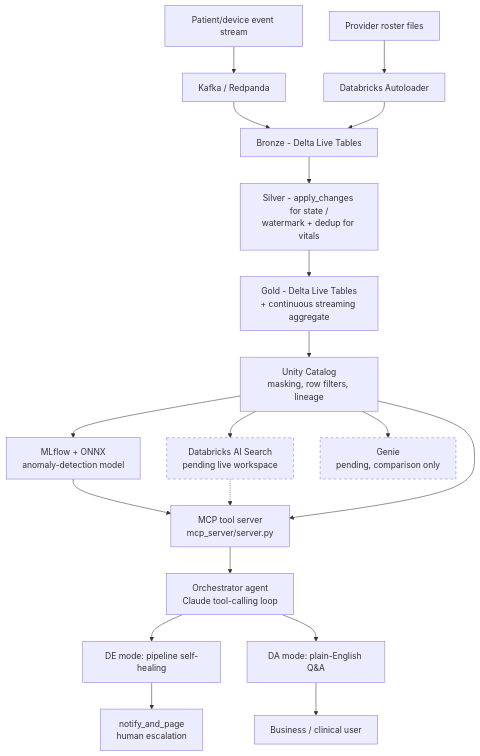
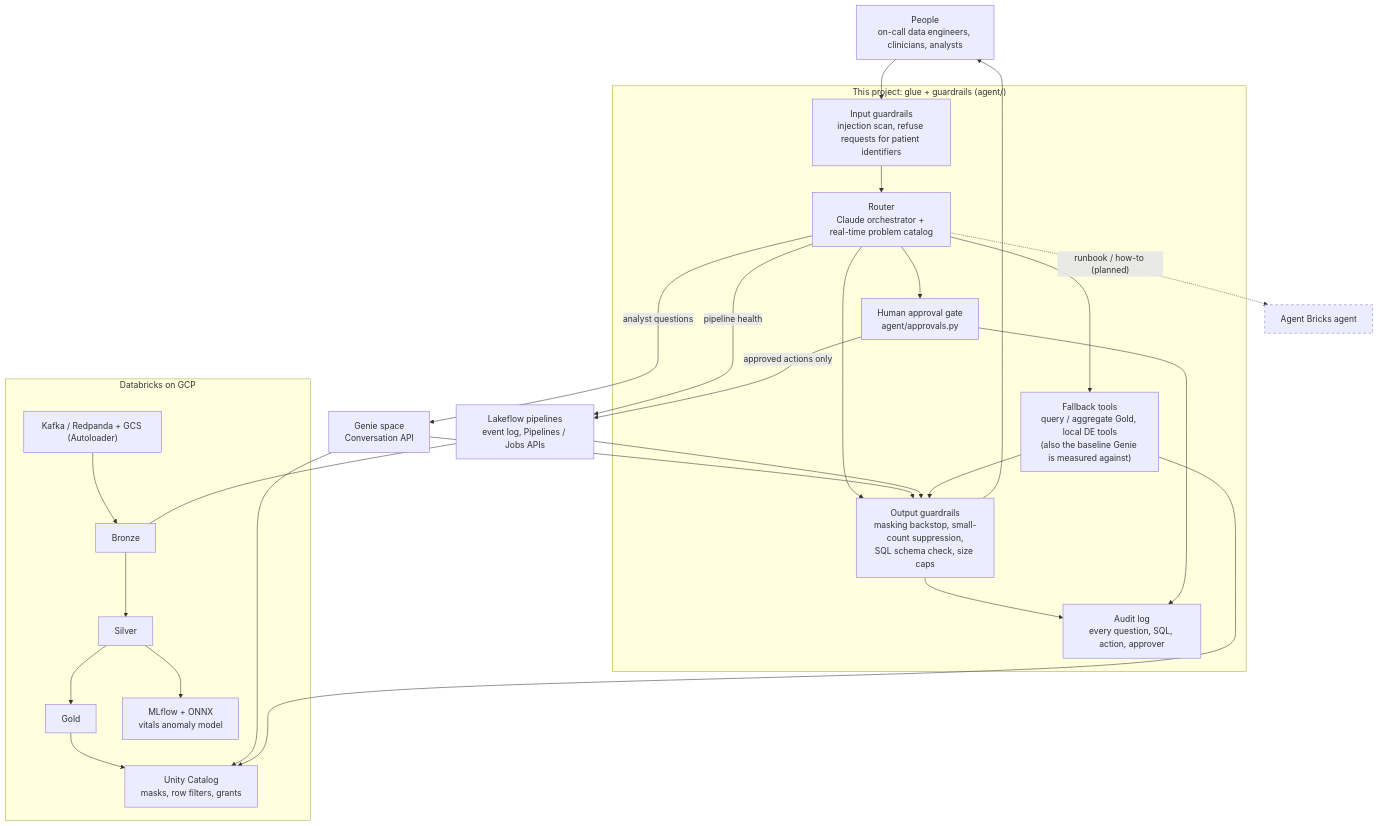
Before and after one commit to sumanthreddy369/databricks-agentic-de: the first of 9 diagrams in README.md, drawn with Mermaid. The commit also changed other lines of this file and 4 other files, not shown here.

````diff
--- a/README.md
+++ b/README.md
@@ -18,24 +41,35 @@
 ```mermaid
 flowchart TD
-    A["Patient/device event stream"] --> B["Kafka / Redpanda"]
-    A2["Provider roster files"] --> C["Databricks Autoloader"]
-    B --> D["Bronze - Delta Live Tables"]
-    C --> D
-    D --> E["Silver - apply_changes for state /\nwatermark + dedup for vitals"]
-    E --> F["Gold - Delta Live Tables\n+ continuous streaming aggregate"]
-    F --> G["Unity Catalog\nmasking, row filters, lineage"]
-    G --> H["MLflow + ONNX\nanomaly-detection model"]
-    G --> I["Databricks AI Search\npending live workspace"]
-    G --> J["Genie\npending, comparison only"]
-    H --> K["MCP tool server\nmcp_server/server.py"]
-    I -.-> K
-    G --> K
-    K --> L["Orchestrator agent\nClaude tool-calling loop"]
-    L --> M["DE mode: pipeline self-healing"]
-    L --> N["DA mode: plain-English Q&A"]
-    M --> O["notify_and_page\nhuman escalation"]
-    N --> P["Business / clinical user"]
+    U["People<br/>on-call data engineers, clinicians, analysts"] --> IN
 
-    classDef pending stroke-dasharray: 5 5
-    class I,J pending
+    subgraph OURS["This project: glue + guardrails (agent/)"]
+        IN["Input guardrails<br/>injection scan, refuse requests for patient identifiers"] --> R["Router<br/>Claude orchestrator + real-time problem catalog"]
+        R --> OUT["Output guardrails<br/>masking backstop, small-count suppression,<br/>SQL schema check, size caps"]
+        R --> APR["Human approval gate<br/>agent/approvals.py"]
+        OUT --> AUD["Audit log<br/>every question, SQL, action, approver"]
+        APR --> AUD
+        R --> FB["Fallback tools<br/>query / aggregate Gold, local DE tools<br/>(also the baseline Genie is measured against)"]
+    end
+
+    R -->|"analyst questions"| GENIE["Genie space<br/>Conversation API"]
+    R -.->|"runbook / how-to (planned)"| BRICKS["Agent Bricks agent"]
+    R -->|"pipeline health"| LAKE["Lakeflow pipelines<br/>event log, Pipelines / Jobs APIs"]
+    APR -->|"approved actions only"| LAKE
+
+    subgraph PLATFORM["Databricks on GCP"]
+        SRC["Kafka / Redpanda + GCS (Autoloader)"] --> BRZ["Bronze"] --> SLV["Silver"] --> GLD["Gold"]
+        GLD --> UC["Unity Catalog<br/>masks, row filters, grants"]
+        SLV --> ML["MLflow + ONNX<br/>vitals anomaly model"]
+    end
+
+    LAKE --- BRZ
+    GENIE --> UC
+    FB --> UC
+    GENIE --> OUT
+    LAKE --> OUT
+    FB --> OUT
+    OUT --> U
+
+    classDef planned stroke-dasharray: 5 5
+    class BRICKS planned
 ```
````
